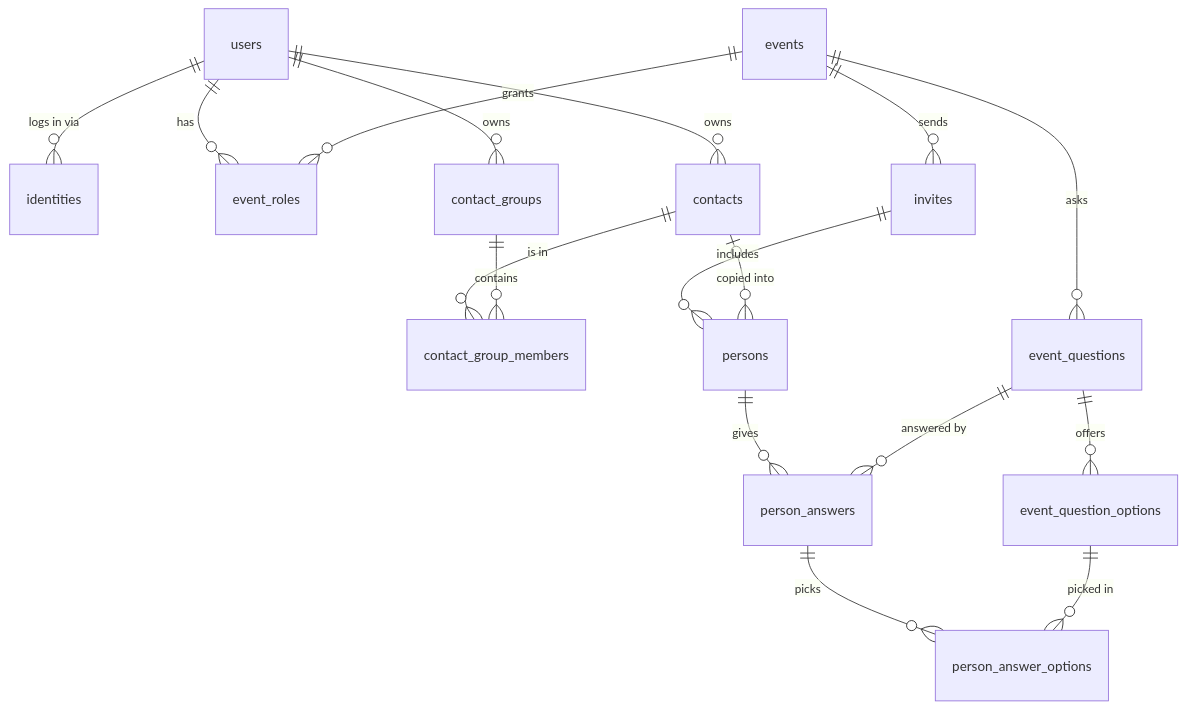
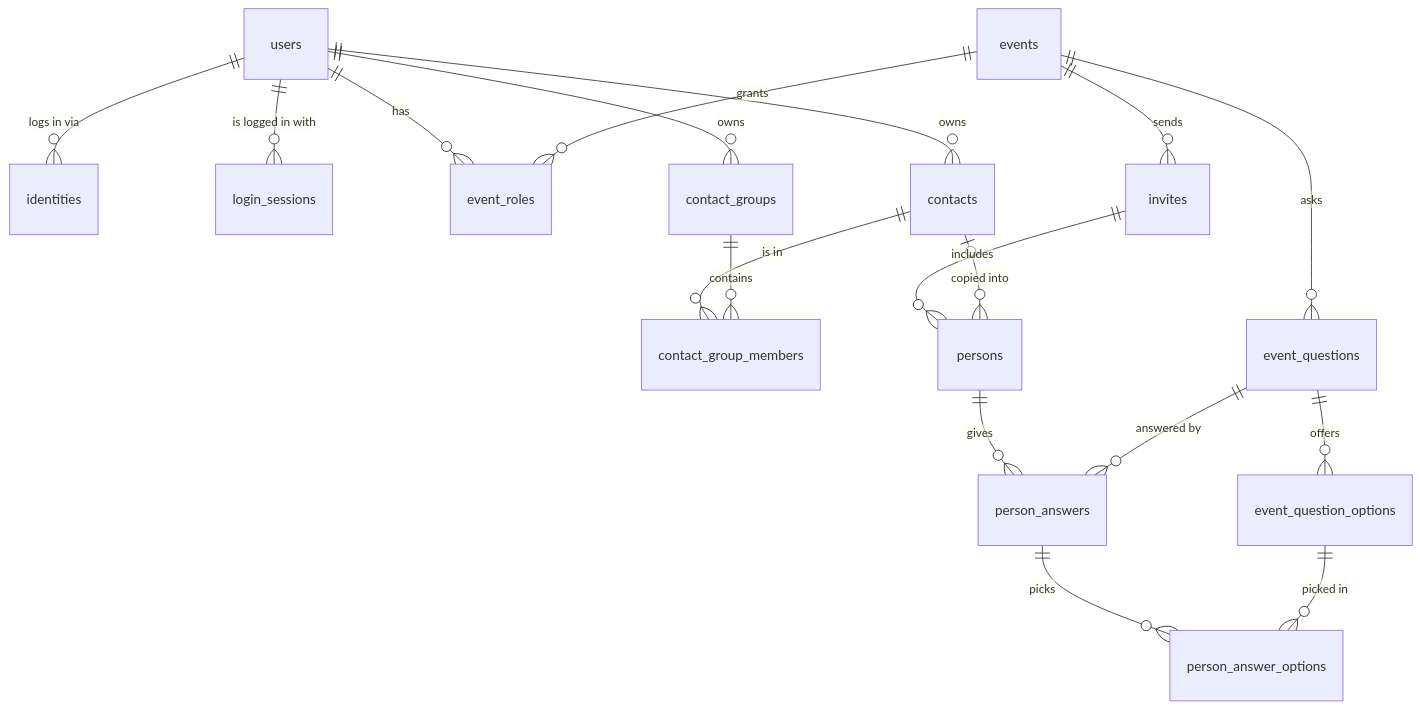
Before and after one commit to MalteSchul/guestlist: the diagram in docs/data-model.md, drawn with Mermaid. The commit also changed other lines of this file and 27 other files, not shown here.

````diff
--- a/docs/data-model.md
+++ b/docs/data-model.md
@@ -19,19 +19,20 @@
 ```mermaid
 erDiagram
     users ||--o{ identities : "logs in via"
+    users ||--o{ login_sessions : "is logged in with"
     users ||--o{ event_roles : has
     events ||--o{ event_roles : grants
     users ||--o{ contacts : owns
     users ||--o{ contact_groups : owns
     contacts ||--o{ contact_group_members : "is in"
     contact_groups ||--o{ contact_group_members : contains
     events ||--o{ event_questions : asks
     event_questions ||--o{ event_question_options : offers
     events ||--o{ invites : sends
     invites ||--o{ persons : includes
     contacts |o--o{ persons : "copied into"
     persons ||--o{ person_answers : gives
     event_questions ||--o{ person_answers : "answered by"
     person_answers ||--o{ person_answer_options : picks
     event_question_options ||--o{ person_answer_options : "picked in"
 ```
````
